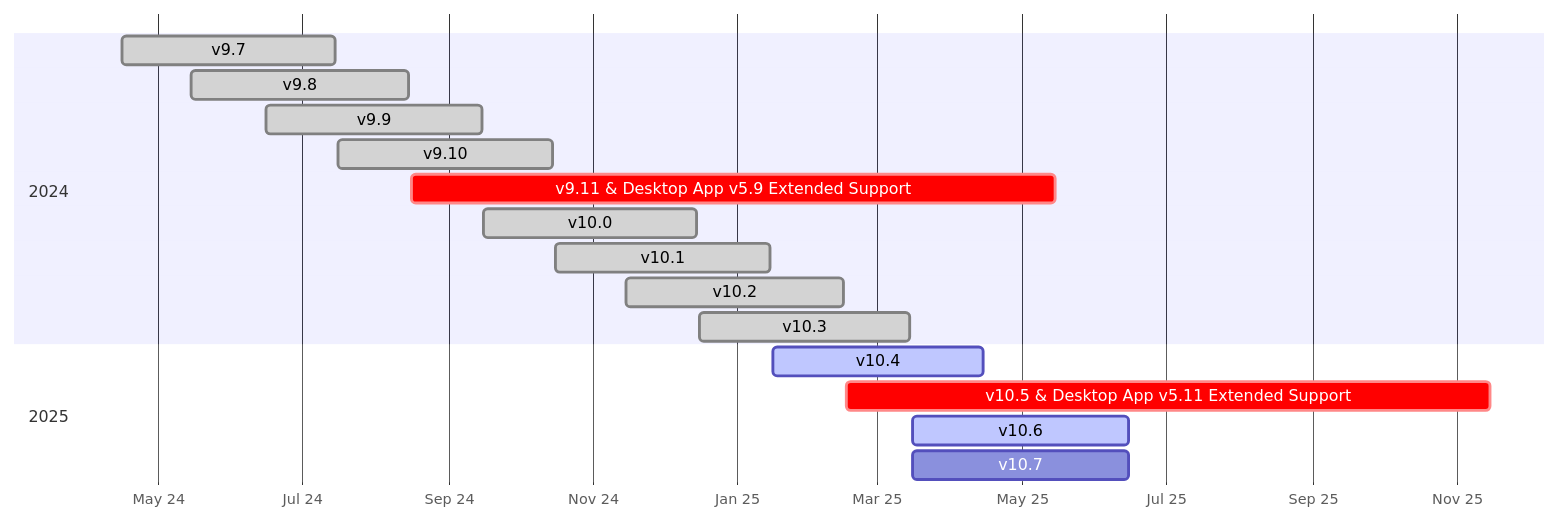
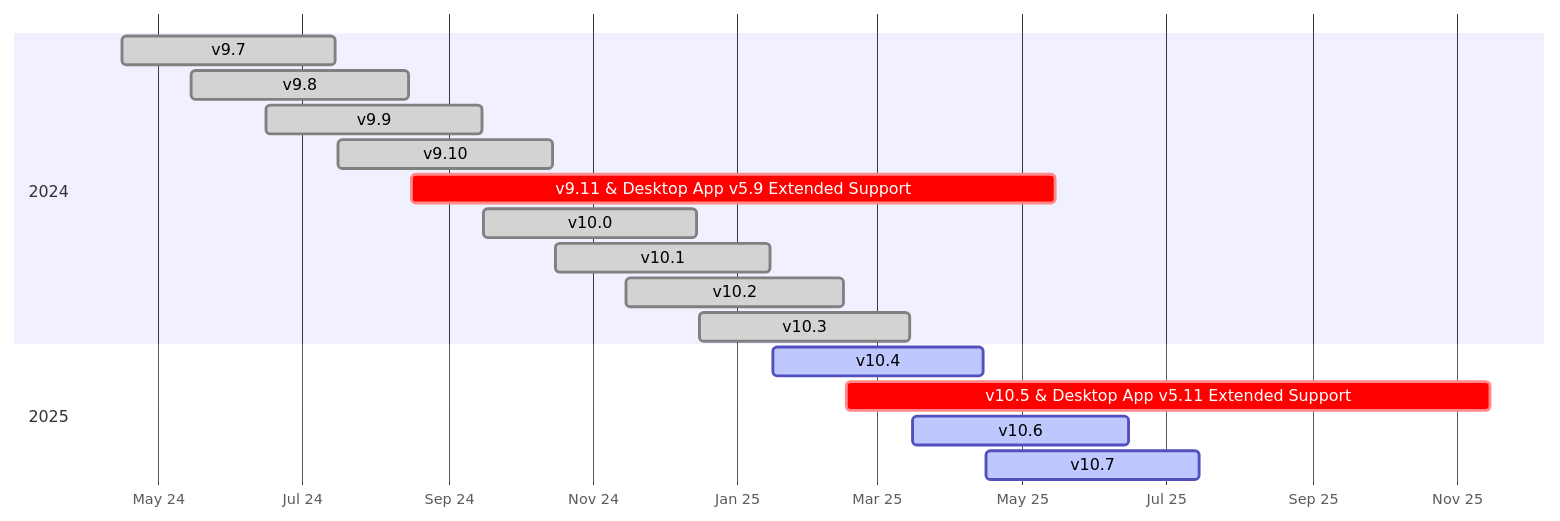
Before and after one commit to mattermost/docs: the diagram in source/about/release-policy.md, drawn with Mermaid.

````diff
--- a/source/about/release-policy.md
+++ b/source/about/release-policy.md
@@ -48,24 +48,24 @@
 ```{mermaid}
 
 gantt
     dateFormat  YYYY-MM-DD
     axisFormat  %b %y
     tickInterval 2month
     
     section 2024
     v9.7                   :done,  2024-04-16, 2024-07-15
     v9.8                   :done,  2024-05-15, 2024-08-15
     v9.9                   :done,  2024-06-16, 2024-09-15
     v9.10                  :done,  2024-07-16, 2024-10-15
     v9.11 & Desktop App v5.9 Extended Support :crit,    2024-08-16, 2025-05-15
     v10.0                  :done,    2024-09-16, 2024-12-15
     v10.1                  :done,    2024-10-16, 2025-01-15
     v10.2                  :done,  2024-11-15, 2025-02-15
     v10.3                  :done,  2024-12-16, 2025-03-15
 
     section 2025
     v10.4                  :active,  2025-01-16, 2025-04-15
     v10.5 & Desktop App v5.11 Extended Support :crit,    2025-02-16, 2025-11-15
     v10.6                  :active, 2025-03-16, 2025-06-15
-    v10.7                  :upcoming, 2025-03-16, 2025-06-15
+    v10.7                  :active, 2025-04-16, 2025-07-15
 ```
````
